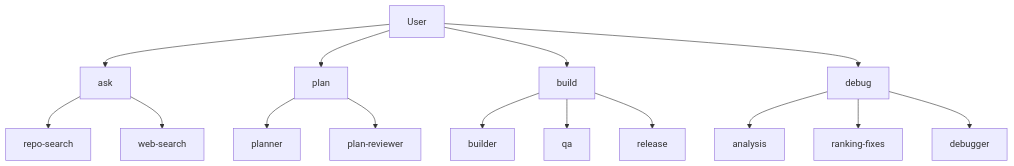
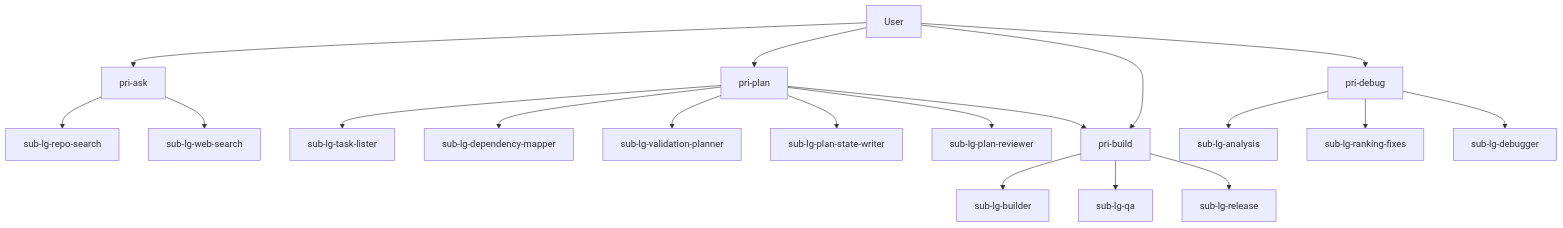
One commit to lukefl011/opencode-easy-setup-msfoundry changed the diagram in README.md. Above: the diagram before and after it, drawn with Mermaid. The commit also changed other lines of this file and 21 other files, not shown here.

````diff
--- a/README.md
+++ b/README.md
@@ -39,21 +48,25 @@
 ```mermaid
 flowchart TD
-  U[User] --> A[ask]
-  U --> P[plan]
-  U --> B[build]
-  U --> D[debug]
+  U[User] --> A[pri-ask]
+  U --> P[pri-plan]
+  U --> B[pri-build]
+  U --> D[pri-debug]
 
-  A --> RS[repo-search]
-  A --> WS[web-search]
+  A --> RS[sub-lg-repo-search]
+  A --> WS[sub-lg-web-search]
 
-  P --> PL[planner]
-  P --> PR[plan-reviewer]
+  P --> TL[sub-lg-task-lister]
+  P --> DM[sub-lg-dependency-mapper]
+  P --> VP[sub-lg-validation-planner]
+  P --> PSW[sub-lg-plan-state-writer]
+  P --> PR[sub-lg-plan-reviewer]
+  P --> B
 
-  B --> BU[builder]
-  B --> QA[qa]
-  B --> R[release]
+  B --> BU[sub-lg-builder]
+  B --> QA[sub-lg-qa]
+  B --> R[sub-lg-release]
 
-  D --> AN[analysis]
-  D --> RF[ranking-fixes]
-  D --> DB[debugger]
+  D --> AN[sub-lg-analysis]
+  D --> RF[sub-lg-ranking-fixes]
+  D --> DB[sub-lg-debugger]
 ```
````
